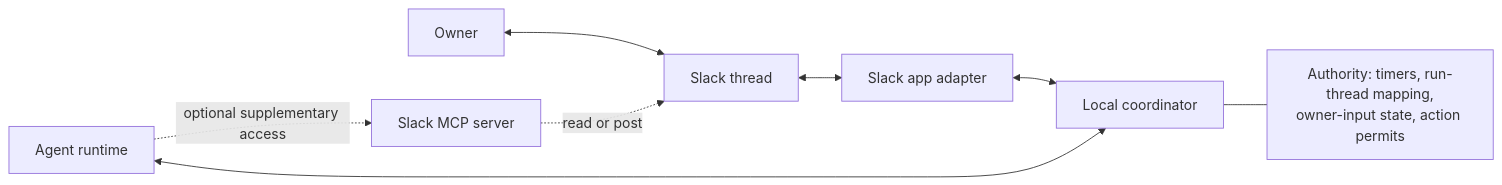
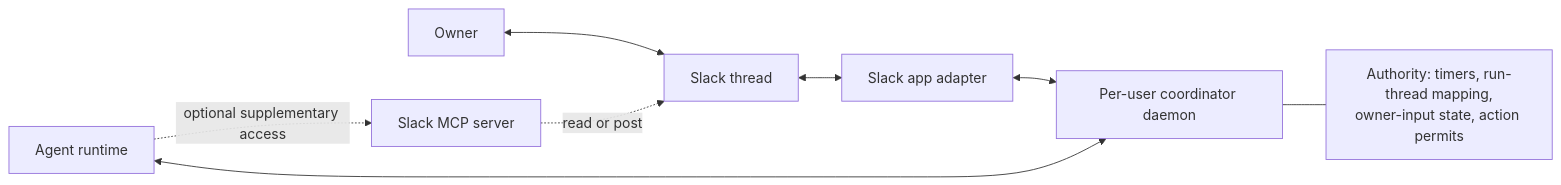
Before and after one commit to MarkTripoli/skills: the first of 3 diagrams in .agents/tasks/i-want-new-skill/03-tdd-slack-agent-communication.md, drawn with Mermaid. The commit also changed other lines of this file, not shown here.

````diff
--- a/.agents/tasks/i-want-new-skill/03-tdd-slack-agent-communication.md
+++ b/.agents/tasks/i-want-new-skill/03-tdd-slack-agent-communication.md
@@ -20,11 +20,11 @@
 ```mermaid
 flowchart LR
     O[Owner] <--> ST[Slack thread]
     ST <--> SA[Slack app adapter]
-    SA <--> C[Local coordinator]
+    SA <--> C[Per-user coordinator daemon]
     A[Agent runtime] <--> C
     A -. optional supplementary access .-> MCP[Slack MCP server]
     MCP -. read or post .-> ST
 
     C --- AUTH["Authority: timers, run-thread mapping,<br/>owner-input state, action permits"]
 ```
````
